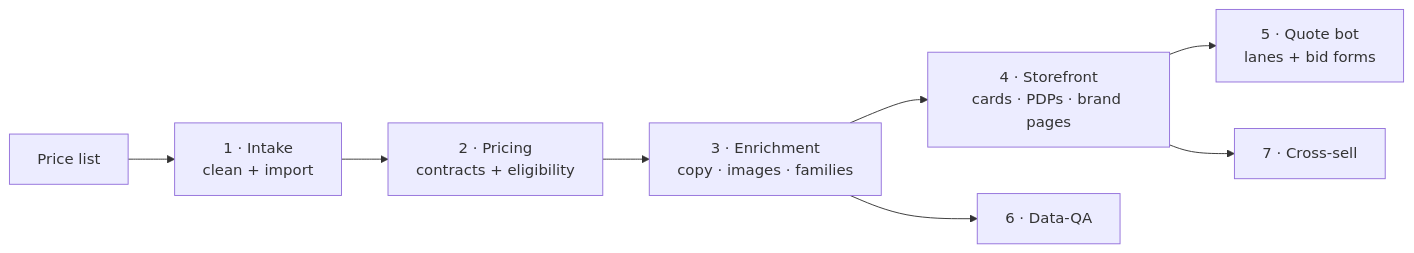
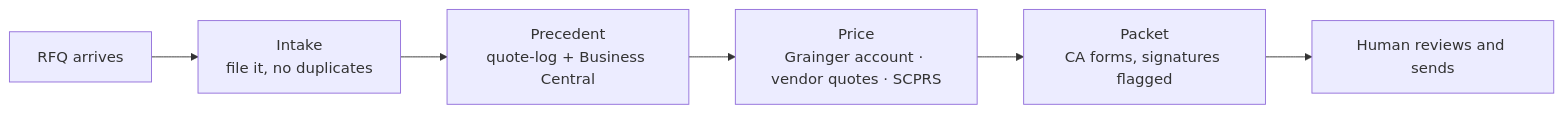
One commit to Black-Box-Safety/bbs-claude-marketplace changed the diagram in README.md. Above: the diagram before and after it, drawn with Mermaid. The commit also changed other lines of this file and 1 other file, not shown here.

Commit message:
docs(readme): root README becomes the marketplace README — company in one paragraph, three reader paths, 60-second install, quote flow, rules, layout; website-specific sections move to plugins/bbs-website/README.md

````diff
--- a/README.md
+++ b/README.md
@@ -99,10 +75,8 @@
 ```mermaid
 flowchart LR
-  A["Price list"] --> B["1 · Intake<br/>clean + import"]
-  B --> C["2 · Pricing<br/>contracts + eligibility"]
-  C --> D["3 · Enrichment<br/>copy · images · families"]
-  D --> E["4 · Storefront<br/>cards · PDPs · brand pages"]
-  E --> F["5 · Quote bot<br/>lanes + bid forms"]
-  D --> G["6 · Data-QA"]
-  E --> H["7 · Cross-sell"]
+  A["RFQ arrives"] --> B["Intake<br/>file it, no duplicates"]
+  B --> C["Precedent<br/>quote-log + Business Central"]
+  C --> D["Price<br/>Grainger account · vendor quotes · SCPRS"]
+  D --> E["Packet<br/>CA forms, signatures flagged"]
+  E --> F["Human reviews and sends"]
 ```
````
